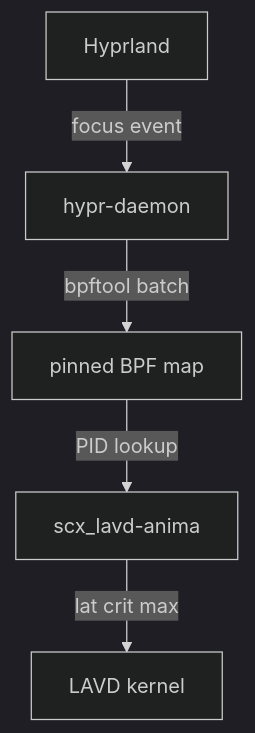
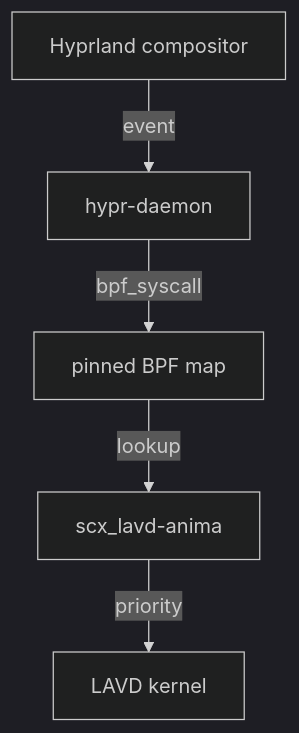
The diagram in README.md (7n1m4/lavd), drawn with Mermaid (dark theme) before and after one commit. The commit also changed other lines of this file, not shown here.

First line of the commit message:
Refresh README for mermaid + libbpf-rs + journal output

````diff
--- a/README.md
+++ b/README.md
@@ -29,7 +29,7 @@
 ```mermaid
 graph TD
-    H[Hyprland] -->|focus event| D[hypr-daemon]
-    D -->|bpftool batch| M[pinned BPF map]
-    M -->|PID lookup| S[scx_lavd-anima]
-    S -->|lat crit max| K[LAVD kernel]
+    H["Hyprland compositor"] --> |event| D["hypr-daemon"]
+    D --> |bpf_syscall| M["pinned BPF map"]
+    M --> |lookup| S["scx_lavd-anima"]
+    S --> |priority| K["LAVD kernel"]
 ```
````
